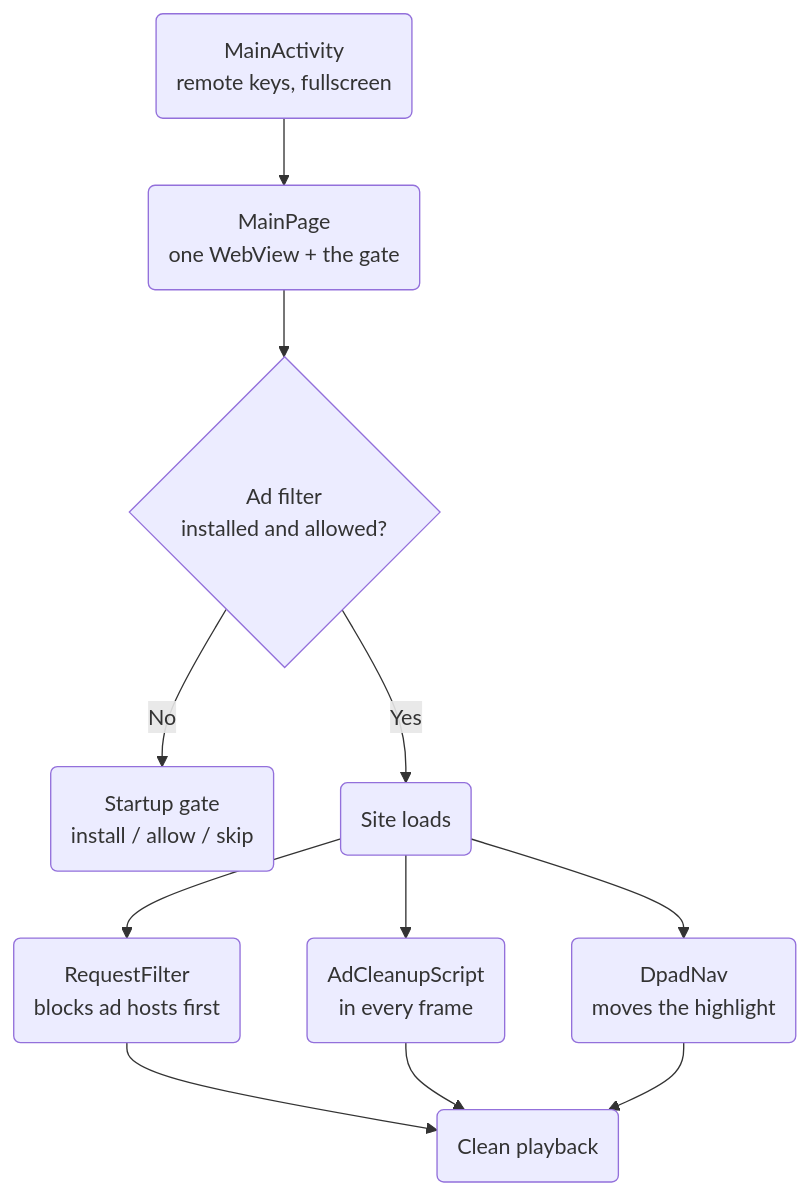
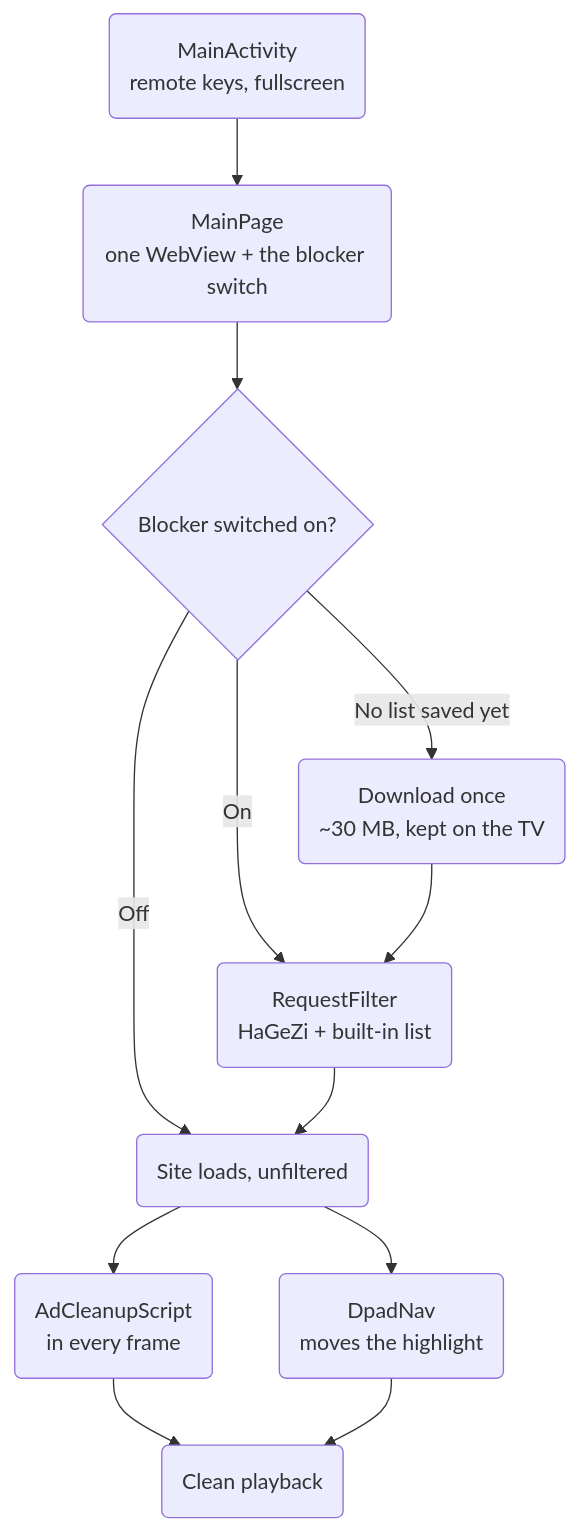
One commit to User07x07/Un0Tv changed the diagram in README.md. Above: the diagram before and after it, drawn with Mermaid. The commit also changed other lines of this file and 9 other files, not shown here.

````diff
--- a/README.md
+++ b/README.md
@@ -49,13 +53,14 @@
 ```mermaid
 flowchart TD
-    A("MainActivity<br/>remote keys, fullscreen") --> B("MainPage<br/>one WebView + the gate")
-    B --> C{"Ad filter<br/>installed and allowed?"}
-    C -->|"No"| D("Startup gate<br/>install / allow / skip")
-    C -->|"Yes"| E("Site loads")
-    E --> F("RequestFilter<br/>blocks ad hosts first")
+    A("MainActivity<br/>remote keys, fullscreen") --> B("MainPage<br/>one WebView + the blocker switch")
+    B --> C{"Blocker switched on?"}
+    C -->|"Off"| E("Site loads, unfiltered")
+    C -->|"On"| F("RequestFilter<br/>HaGeZi + built-in list")
+    C -->|"No list saved yet"| D("Download once<br/>~30 MB, kept on the TV")
+    D --> F
+    F --> E
     E --> G("AdCleanupScript<br/>in every frame")
     E --> H("DpadNav<br/>moves the highlight")
-    F --> I("Clean playback")
-    G --> I
+    G --> I("Clean playback")
     H --> I
 ```
````
